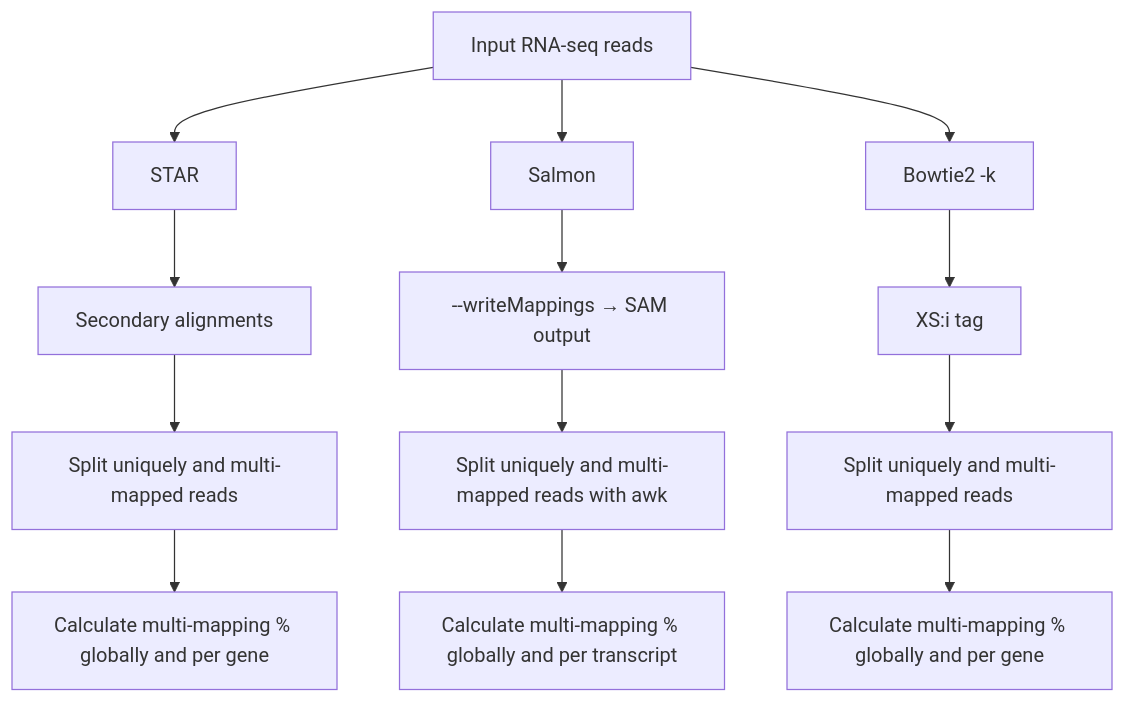
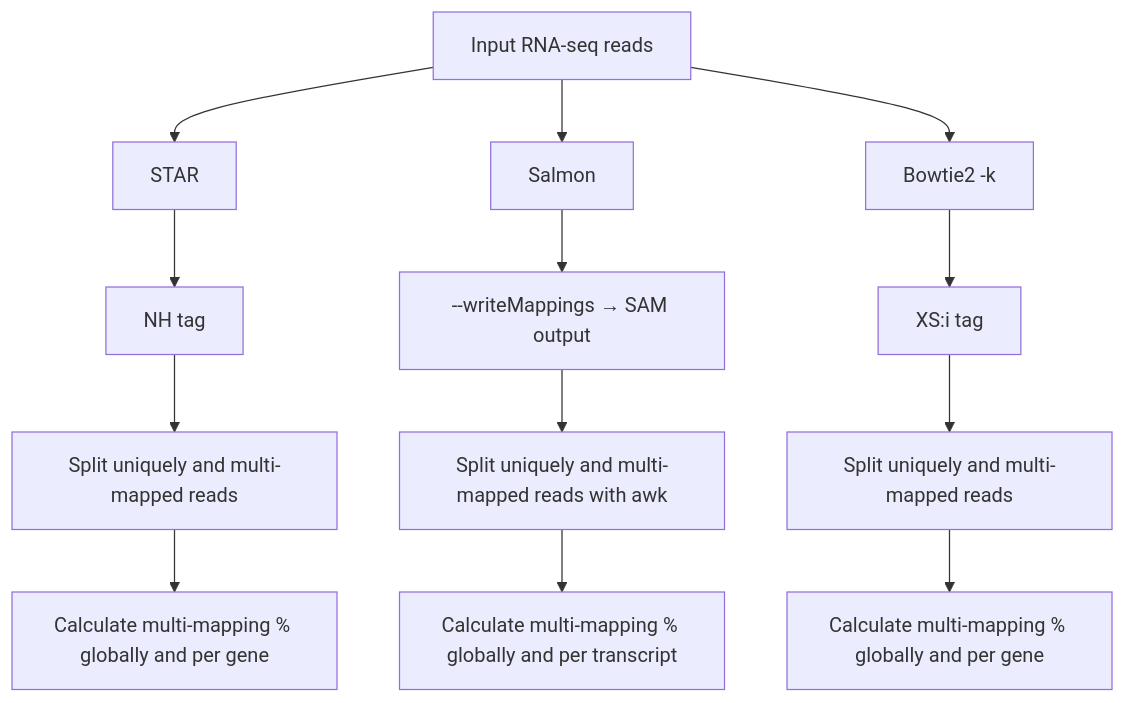
One commit to AldanaCepedaDean/Benchmarking-RNAseq changed the diagram in multimapping.md. Above: the diagram before and after it, drawn with Mermaid. The commit also changed other lines of this file, not shown here.

````diff
--- a/multimapping.md
+++ b/multimapping.md
@@ -98,18 +98,18 @@
 ```mermaid
 flowchart TD
     A[Input RNA-seq reads] --> B[STAR]
     A --> C[Salmon]
     A --> D[Bowtie2 -k]
 
-    B --> B1[Secondary alignments]
+    B --> B1[NH tag]
     B1 --> B2[Split uniquely and multi-mapped reads]
     B2 --> B3[Calculate multi-mapping % globally and per gene]
 
     C --> C1[--writeMappings → SAM output]
     C1 --> C2[Split uniquely and multi-mapped reads with awk]
     C2 --> C3[Calculate multi-mapping % globally and per transcript]
 
     D --> D1[XS:i tag]
     D1 --> D2[Split uniquely and multi-mapped reads]
     D2 --> D3[Calculate multi-mapping % globally and per gene]
 ```
````
